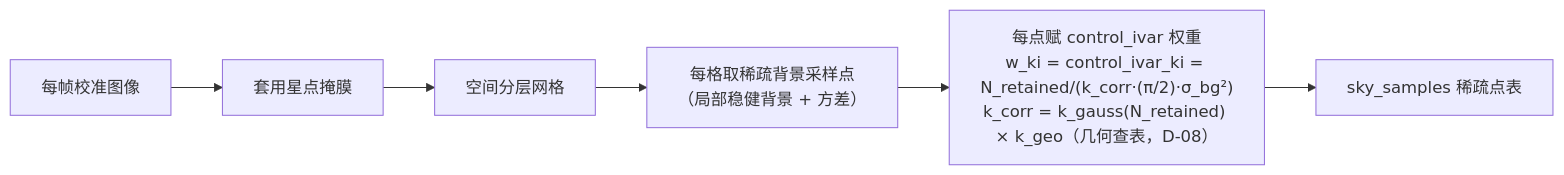
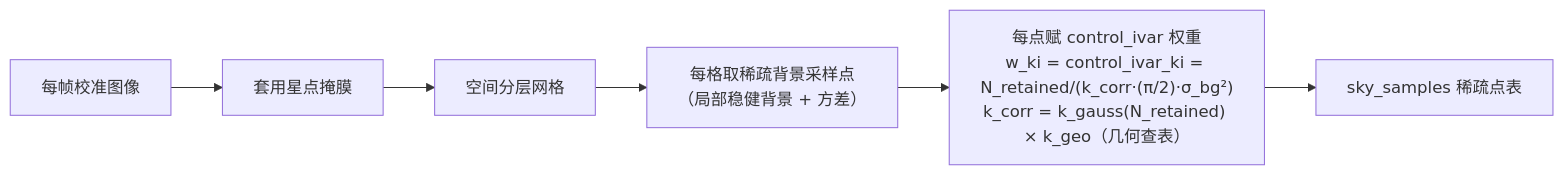
The diagram in docs/plugins/algorithms_phase2/10_sampling.md (fujiaze/Astro-CS-Database), drawn with Mermaid before and after one commit. The commit also changed other lines of this file and 34 other files, not shown here.

````diff
--- a/docs/plugins/algorithms_phase2/10_sampling.md
+++ b/docs/plugins/algorithms_phase2/10_sampling.md
@@ -35,8 +35,8 @@
 ```mermaid
 flowchart LR
     F["每帧校准图像"] --> M["套用星点掩膜"]
     M --> GRID["空间分层网格"]
     GRID --> P["每格取稀疏背景采样点<br/>（局部稳健背景 + 方差）"]
-    P --> W["每点赋 control_ivar 权重<br/>w_ki = control_ivar_ki = N_retained/(k_corr·(π/2)·σ_bg²)<br/>k_corr = k_gauss(N_retained) × k_geo（几何查表，D-08）"]
+    P --> W["每点赋 control_ivar 权重<br/>w_ki = control_ivar_ki = N_retained/(k_corr·(π/2)·σ_bg²)<br/>k_corr = k_gauss(N_retained) × k_geo（几何查表）"]
     W --> OUT["sky_samples 稀疏点表"]
 ```
````
